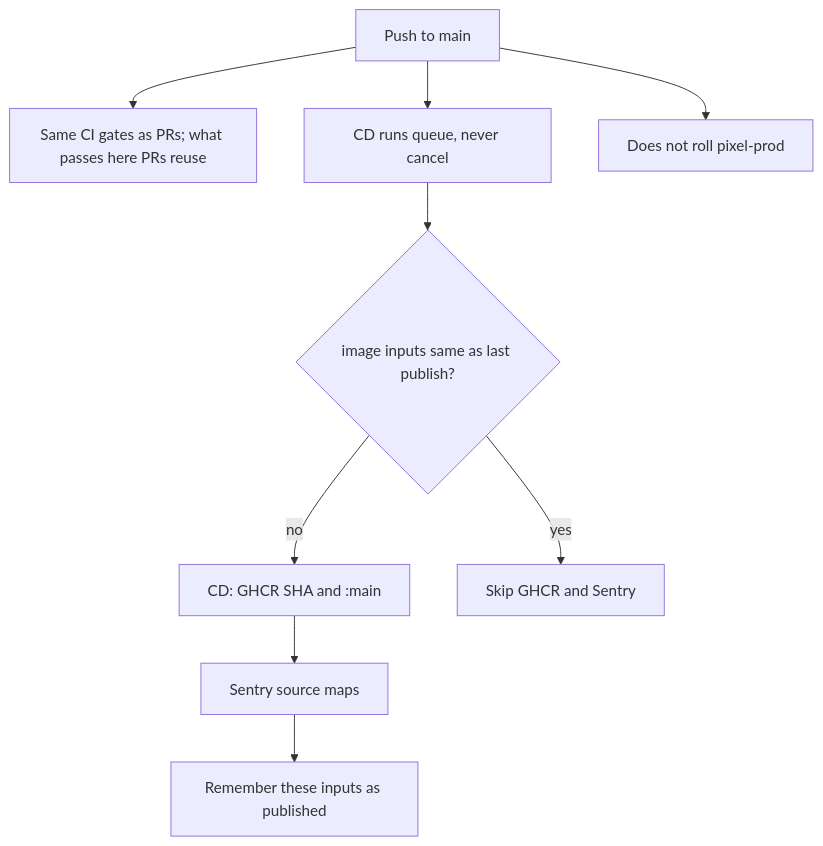
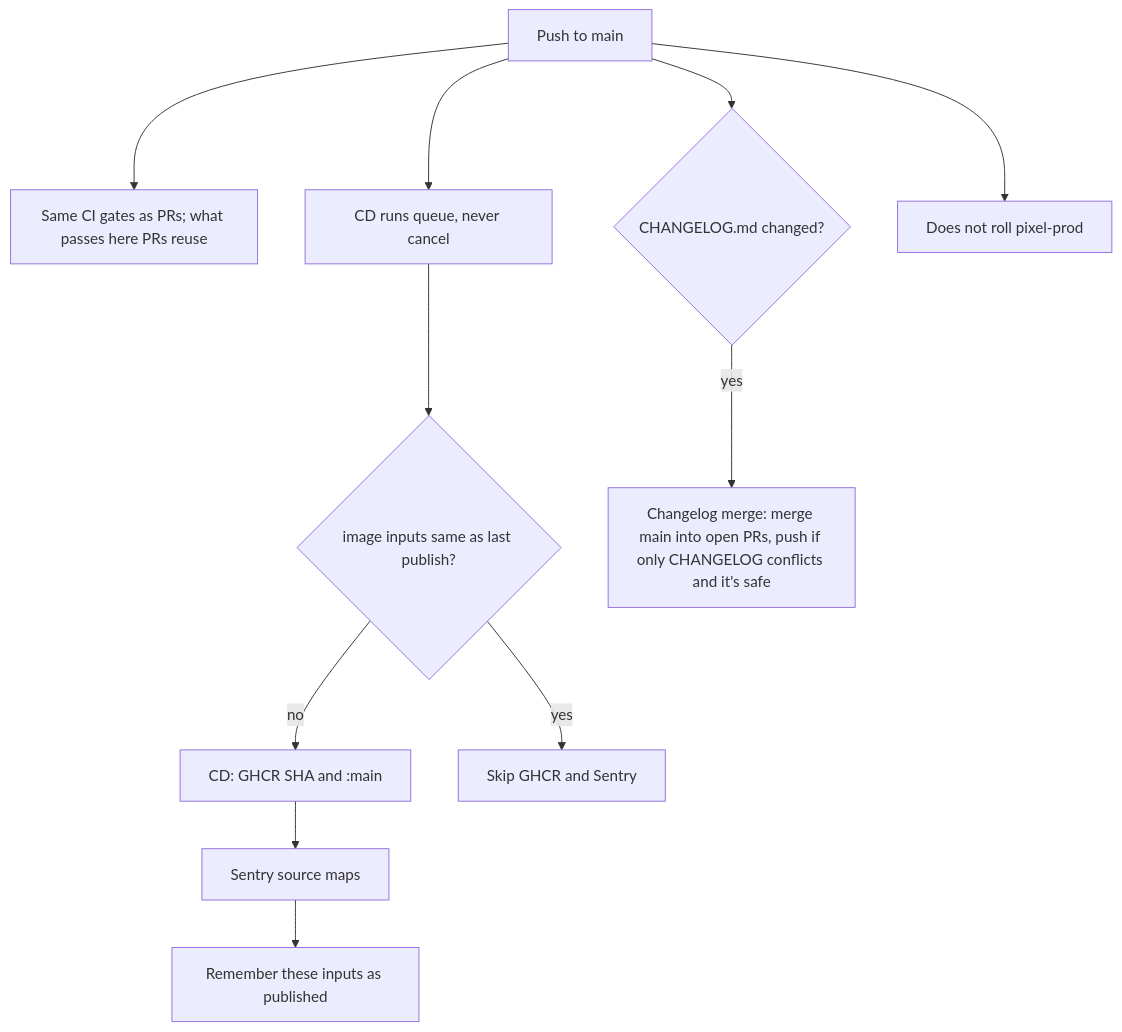
Before and after one commit to pixelbar/pixel: the second of 3 diagrams in docs/runbook.md, drawn with Mermaid. The commit also changed other lines of this file and 8 other files, not shown here.

First line of the commit message:
Resolve CHANGELOG-only conflicts in open PRs automatically

````diff
--- a/docs/runbook.md
+++ b/docs/runbook.md
@@ -490,12 +490,14 @@
 ```mermaid
 flowchart TD
   main[Push to main]
   main --> ci["Same CI gates as PRs; what passes here PRs reuse"]
   main --> queue[CD runs queue, never cancel]
   queue --> imagep{"image inputs same as last publish?"}
   imagep -->|no| pub["CD: GHCR SHA and :main"]
   pub --> maps[Sentry source maps]
   maps --> mark[Remember these inputs as published]
   imagep -->|yes| nocd[Skip GHCR and Sentry]
+  main --> clogp{"CHANGELOG.md changed?"}
+  clogp -->|yes| clogm["Changelog merge: merge main into open PRs, push if only CHANGELOG conflicts and it's safe"]
   main --> note[Does not roll pixel-prod]
 ```
````
